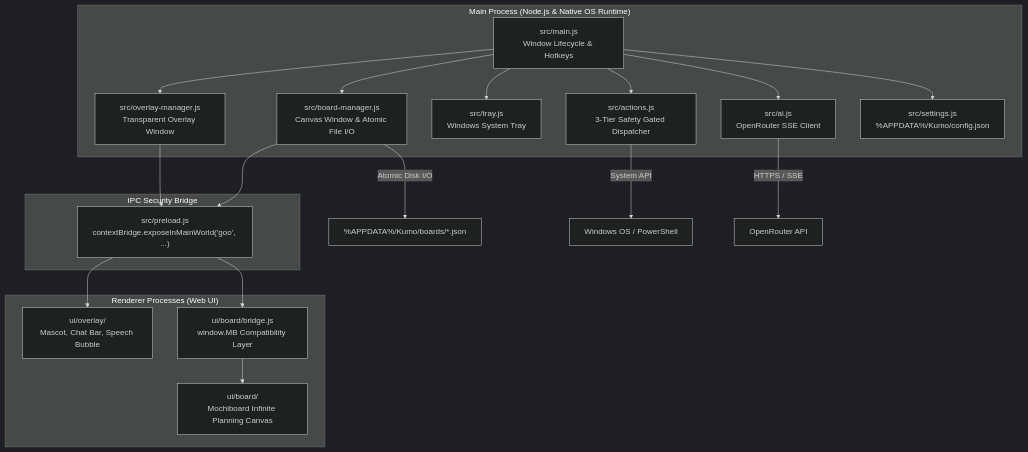
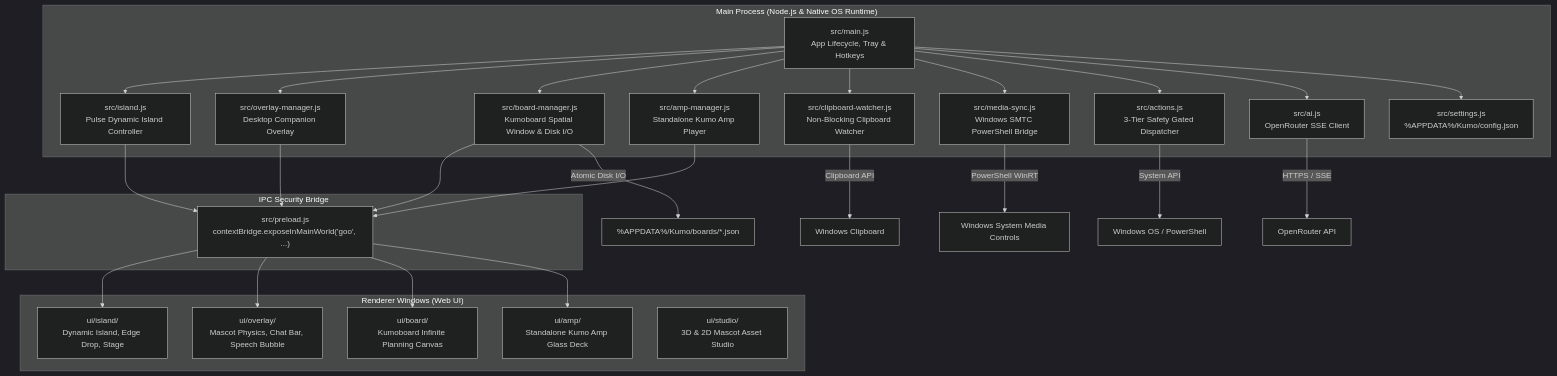
One commit to Ashborn-047/kumo changed the diagram in README.md. Above: the diagram before and after it, drawn with Mermaid (dark theme). The commit also changed other lines of this file, not shown here.

Commit message:
docs: update README with Pulse Island, Edge Drop shelf, Kumo Amp, and architecture specifications

````diff
--- a/README.md
+++ b/README.md
@@ -114,29 +152,38 @@
 ```mermaid
 graph TD
     subgraph "Main Process (Node.js & Native OS Runtime)"
-        MAIN["src/main.js<br/>Window Lifecycle & Hotkeys"]
-        OM["src/overlay-manager.js<br/>Transparent Overlay Window"]
-        BM["src/board-manager.js<br/>Canvas Window & Atomic File I/O"]
-        TRAY["src/tray.js<br/>Windows System Tray"]
+        MAIN["src/main.js<br/>App Lifecycle, Tray & Hotkeys"]
+        ISLAND_MGR["src/island.js<br/>Pulse Dynamic Island Controller"]
+        OVERLAY_MGR["src/overlay-manager.js<br/>Desktop Companion Overlay"]
+        BOARD_MGR["src/board-manager.js<br/>Kumoboard Spatial Window & Disk I/O"]
+        AMP_MGR["src/amp-manager.js<br/>Standalone Kumo Amp Player"]
+        CLIP_WATCH["src/clipboard-watcher.js<br/>Non-Blocking Clipboard Watcher"]
+        MEDIA_SYNC["src/media-sync.js<br/>Windows SMTC PowerShell Bridge"]
         ACT["src/actions.js<br/>3-Tier Safety Gated Dispatcher"]
         AI["src/ai.js<br/>OpenRouter SSE Client"]
         CFG["src/settings.js<br/>%APPDATA%/Kumo/config.json"]
     end
 
     subgraph "IPC Security Bridge"
         PRELOAD["src/preload.js<br/>contextBridge.exposeInMainWorld('goo', ...)"]
     end
 
-    subgraph "Renderer Processes (Web UI)"
-        OVERLAY["ui/overlay/<br/>Mascot, Chat Bar, Speech Bubble"]
-        BOARD["ui/board/<br/>Mochiboard Infinite Planning Canvas"]
-        BRIDGE["ui/board/bridge.js<br/>window.MB Compatibility Layer"]
+    subgraph "Renderer Windows (Web UI)"
+        ISLAND["ui/island/<br/>Dynamic Island, Edge Drop, Stage"]
+        OVERLAY["ui/overlay/<br/>Mascot Physics, Chat Bar, Speech Bubble"]
+        BOARD["ui/board/<br/>Kumoboard Infinite Planning Canvas"]
+        AMP_UI["ui/amp/<br/>Standalone Kumo Amp Glass Deck"]
+        STUDIO["ui/studio/<br/>3D & 2D Mascot Asset Studio"]
     end
 
-    MAIN --> OM & BM & TRAY & ACT & AI & CFG
-    OM --> PRELOAD --> OVERLAY
-    BM --> PRELOAD --> BRIDGE --> BOARD
+    MAIN --> ISLAND_MGR & OVERLAY_MGR & BOARD_MGR & AMP_MGR & CLIP_WATCH & MEDIA_SYNC & ACT & AI & CFG
+    ISLAND_MGR --> PRELOAD --> ISLAND
+    OVERLAY_MGR --> PRELOAD --> OVERLAY
+    BOARD_MGR --> PRELOAD --> BOARD
+    AMP_MGR --> PRELOAD --> AMP_UI
+    MEDIA_SYNC --> |PowerShell WinRT| OS_SMTC[Windows System Media Controls]
+    CLIP_WATCH --> |Clipboard API| OS_CLIP[Windows Clipboard]
     ACT --> |System API| OS[Windows OS / PowerShell]
     AI --> |HTTPS / SSE| OPENROUTER[OpenRouter API]
-    BM --> |Atomic Disk I/O| DISK["%APPDATA%/Kumo/boards/*.json"]
+    BOARD_MGR --> |Atomic Disk I/O| DISK["%APPDATA%/Kumo/boards/*.json"]
 ```
````
